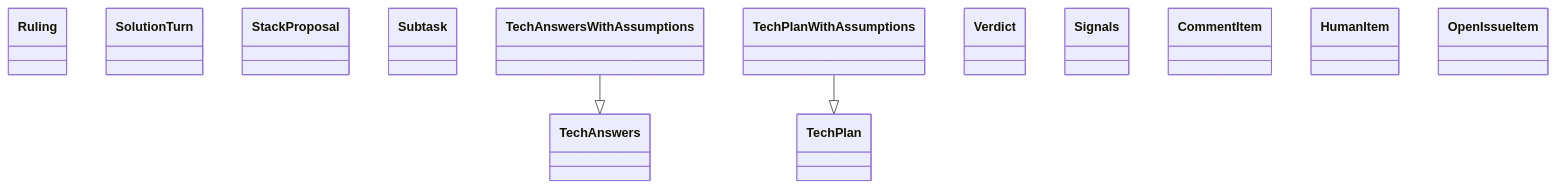
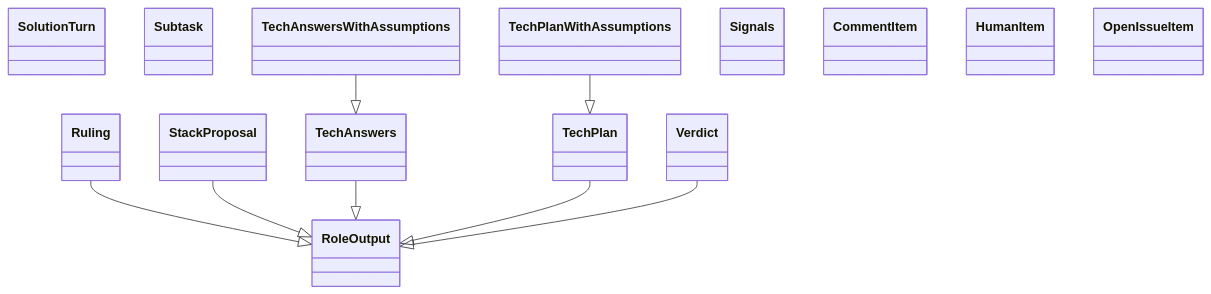
Before and after one commit to GonzaloZevallos/agentic-system: the diagram in docs/architecture/generated/classes-process-domain-roles-4.md, drawn with Mermaid. The commit also changed other lines of this file and 6 other files, not shown here.

````diff
--- a/docs/architecture/generated/classes-process-domain-roles-4.md
+++ b/docs/architecture/generated/classes-process-domain-roles-4.md
@@ -28,18 +28,24 @@
 ```mermaid
 classDiagram
+    class schemas__RoleOutput["RoleOutput"]
     class schemas__Ruling["Ruling"]
     class schemas__SolutionTurn["SolutionTurn"]
     class schemas__StackProposal["StackProposal"]
     class schemas__Subtask["Subtask"]
     class schemas__TechAnswers["TechAnswers"]
     class schemas__TechAnswersWithAssumptions["TechAnswersWithAssumptions"]
     class schemas__TechPlan["TechPlan"]
     class schemas__TechPlanWithAssumptions["TechPlanWithAssumptions"]
     class schemas__Verdict["Verdict"]
     class stack_signals__Signals["Signals"]
     class tracker_items__CommentItem["CommentItem"]
     class tracker_items__HumanItem["HumanItem"]
     class tracker_items__OpenIssueItem["OpenIssueItem"]
+    schemas__Ruling --|> schemas__RoleOutput
+    schemas__StackProposal --|> schemas__RoleOutput
+    schemas__TechAnswers --|> schemas__RoleOutput
     schemas__TechAnswersWithAssumptions --|> schemas__TechAnswers
+    schemas__TechPlan --|> schemas__RoleOutput
     schemas__TechPlanWithAssumptions --|> schemas__TechPlan
+    schemas__Verdict --|> schemas__RoleOutput
 ```
````
